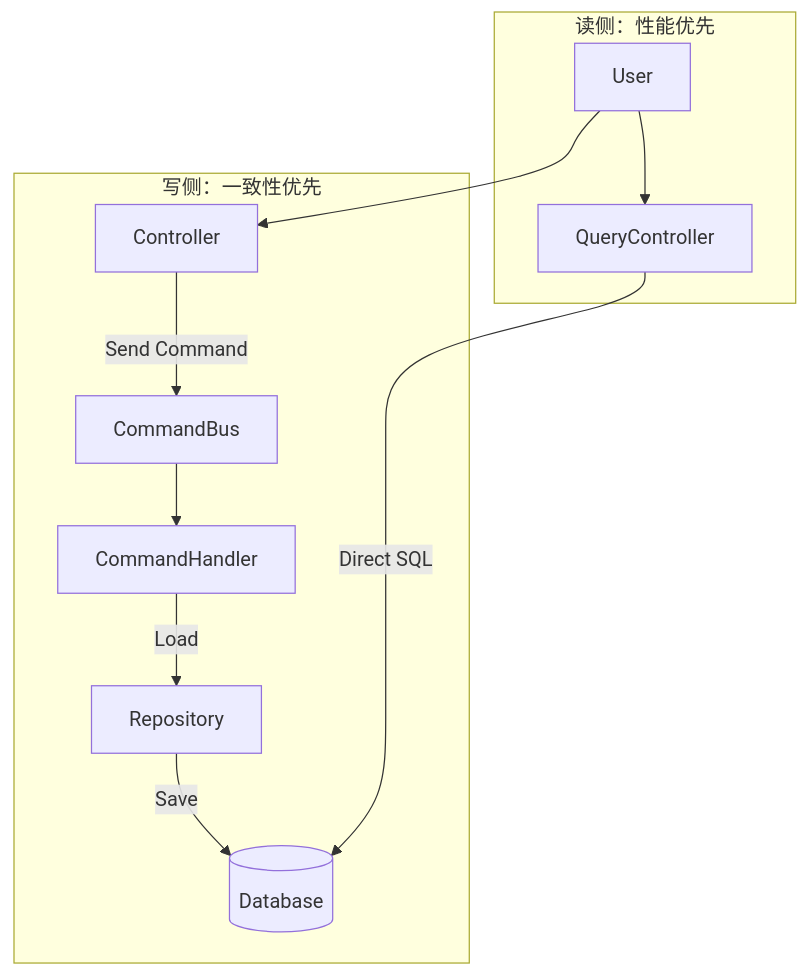
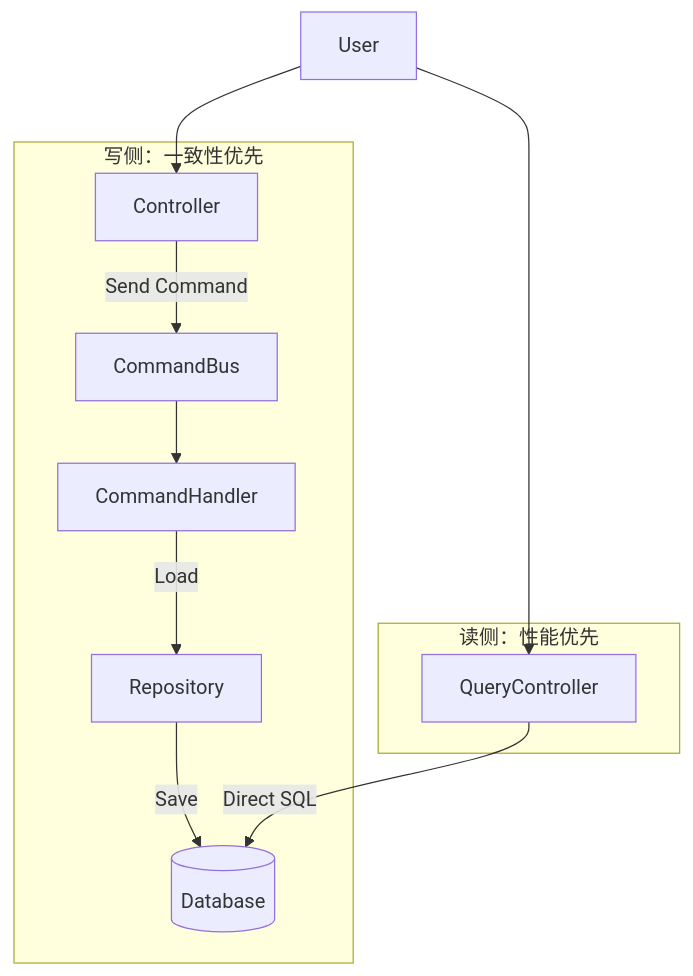
One commit to NEUQNPEE/MVC2DDD changed the fifth of 5 diagrams in README.md. Above: the diagram before and after it, drawn with Mermaid.

Commit message:
调整一个mermaid图

````diff
--- a/README.md
+++ b/README.md
@@ -1225,16 +1225,16 @@
 ```mermaid
 graph TD
     User --> Controller
+    User --> QueryController
     
     subgraph Command Side [写侧：一致性优先]
         Controller -->|Send Command| CommandBus
         CommandBus --> CommandHandler
         CommandHandler -->|Load| Repository
         Repository -->|Save| DB[(Database)]
     end
 
     subgraph Query Side [读侧：性能优先]
-        User --> QueryController
         QueryController -->|Direct SQL| DB
     end
 ```
````
